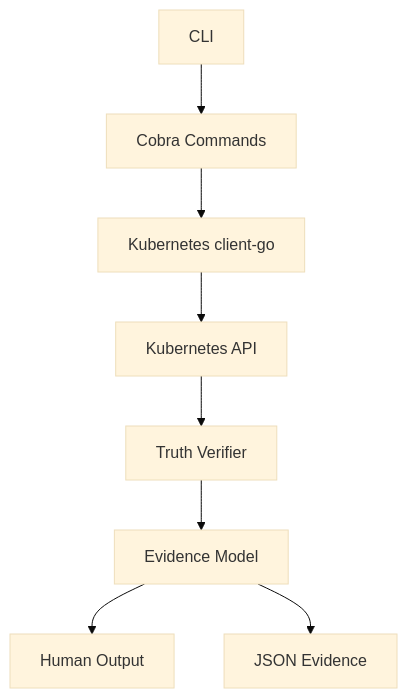
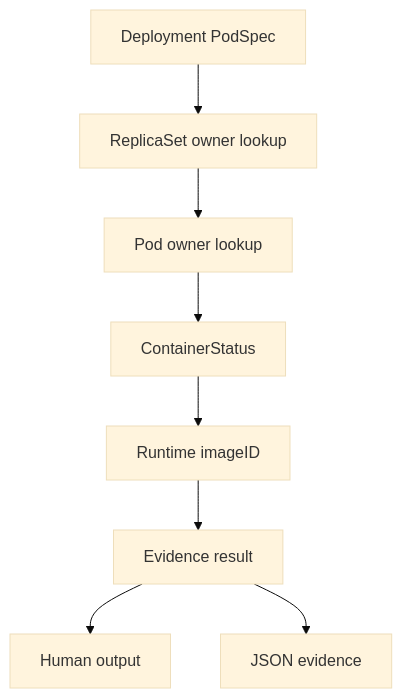
One commit to hickytani/kubeproof changed the first of 2 diagrams in README.md. Above: the diagram before and after it, drawn with Mermaid (base theme). The commit also changed other lines of this file and 3 other files, not shown here.

````diff
--- a/README.md
+++ b/README.md
@@ -75,10 +60,10 @@
 ```mermaid
 flowchart TD
-	A[CLI] --> B[Cobra Commands]
-	B --> C[Kubernetes client-go]
-	C --> D[Kubernetes API]
-	D --> E[Truth Verifier]
-	E --> F[Evidence Model]
-	F --> G[Human Output]
-	F --> H[JSON Evidence]
+    A[Deployment PodSpec] --> B[ReplicaSet owner lookup]
+    B --> C[Pod owner lookup]
+    C --> D[ContainerStatus]
+    D --> E[Runtime imageID]
+    E --> F[Evidence result]
+    F --> G[Human output]
+    F --> H[JSON evidence]
 ```
````
